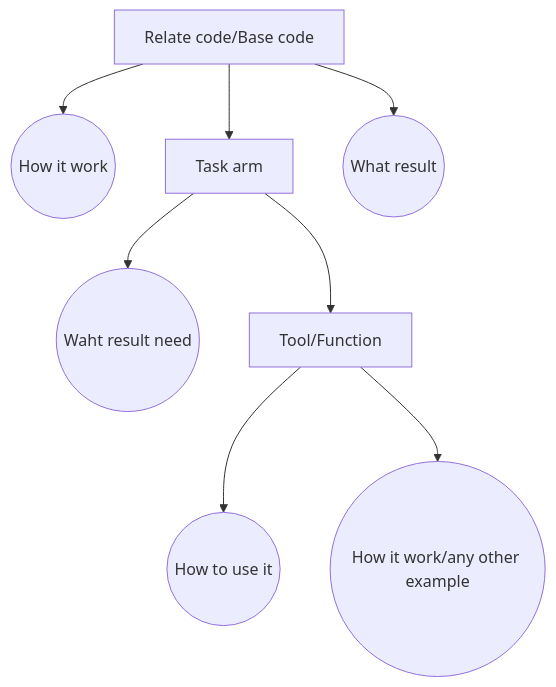
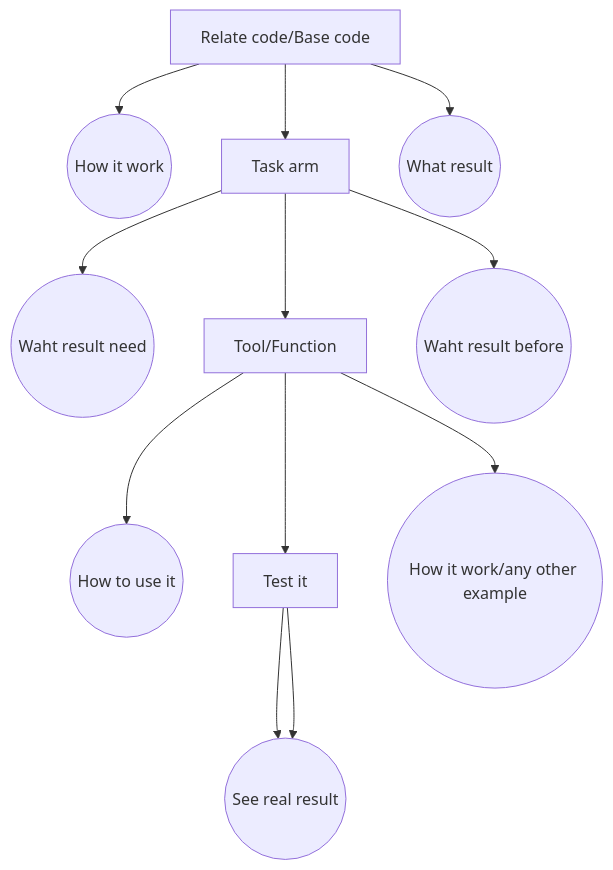
One commit to duan-li/worklog changed the diagram in _posts/2018-03-28-task-flow-chat.md. Above: the diagram before and after it, drawn with Mermaid. The commit also changed 1 other file, not shown here.

````diff
--- a/_posts/2018-03-28-task-flow-chat.md
+++ b/_posts/2018-03-28-task-flow-chat.md
@@ -7,11 +7,15 @@
 ```mermaid
 graph TB
 
 A[Relate code/Base code] --> B((How it work))
 A[Relate code/Base code] --> D[Task arm]
 A[Relate code/Base code] --> C((What result))
 D[Task arm] --> E((Waht result need))
 D[Task arm] --> F[Tool/Function]
+D[Task arm] --> L((Waht result before))
 F[Tool/Function] --> G((How to use it))
+F[Tool/Function] --> J[Test it]
 F[Tool/Function] --> H((How it work/any other example))
+J[Test it] --> K((Test case))
+J[Test it] --> K((See real result))
 ```
````
